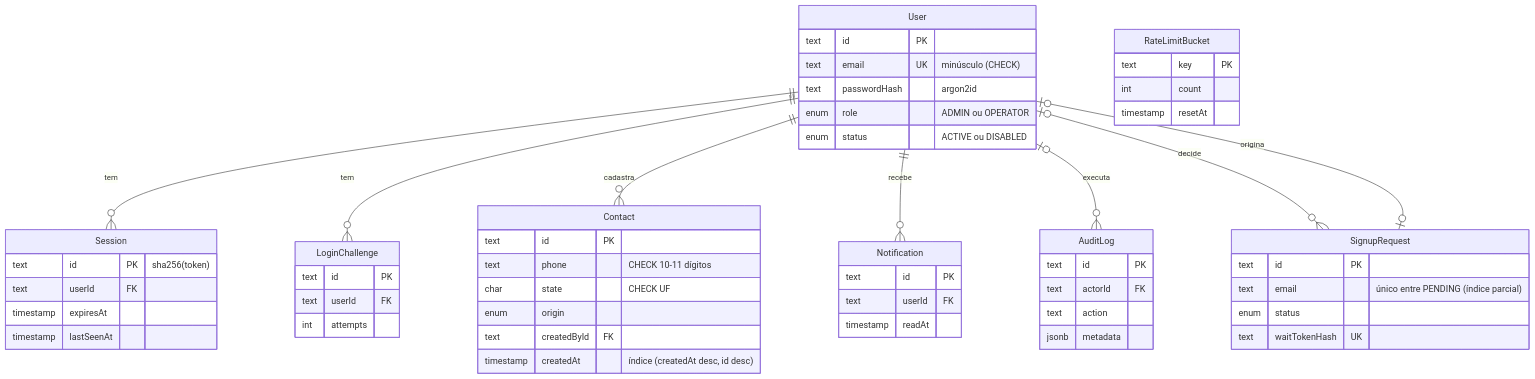
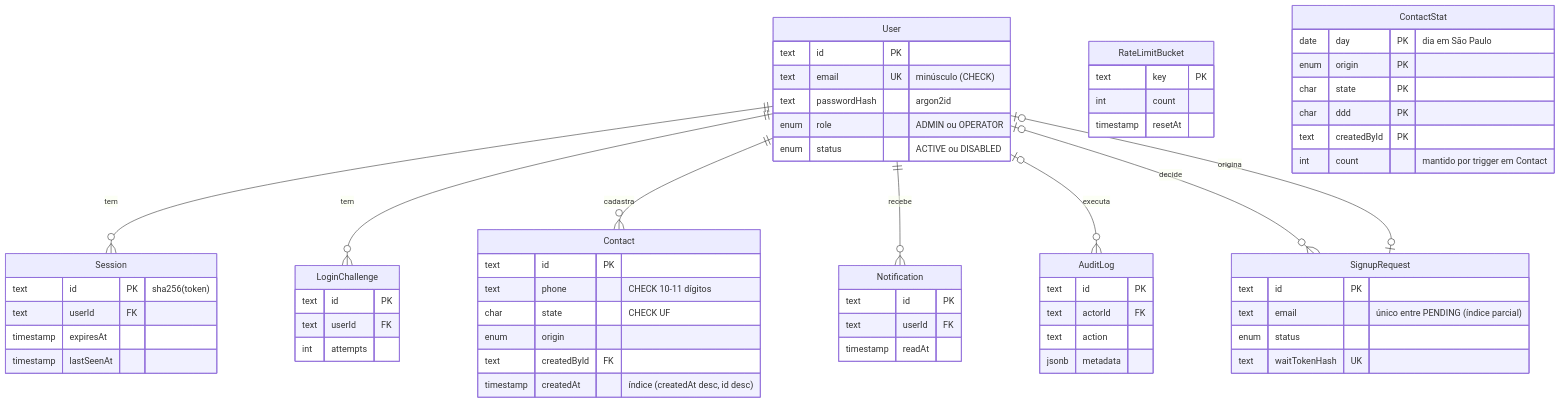
One commit to vittorccf/flash-analytics changed the fifth of 10 diagrams in docs/ARQUITETURA.md. Above: the diagram before and after it, drawn with Mermaid. The commit also changed other lines of this file and 1 other file, not shown here.

Commit message:
UML atualizado: agregados do painel, conferência de e-mail e permissões

````diff
--- a/docs/ARQUITETURA.md
+++ b/docs/ARQUITETURA.md
@@ -183,59 +186,67 @@
 ```mermaid
 erDiagram
   User ||--o{ Session : "tem"
   User ||--o{ LoginChallenge : "tem"
   User ||--o{ Contact : "cadastra"
   User ||--o{ Notification : "recebe"
   User |o--o{ AuditLog : "executa"
   User |o--o{ SignupRequest : "decide"
   SignupRequest |o--o| User : "origina"
 
   User {
     text id PK
     text email UK "minúsculo (CHECK)"
     text passwordHash "argon2id"
     enum role "ADMIN ou OPERATOR"
     enum status "ACTIVE ou DISABLED"
   }
   Session {
     text id PK "sha256(token)"
     text userId FK
     timestamp expiresAt
     timestamp lastSeenAt
   }
   SignupRequest {
     text id PK
     text email "único entre PENDING (índice parcial)"
     enum status
     text waitTokenHash UK
   }
   Contact {
     text id PK
     text phone "CHECK 10-11 dígitos"
     char state "CHECK UF"
     enum origin
     text createdById FK
     timestamp createdAt "índice (createdAt desc, id desc)"
   }
   Notification {
     text id PK
     text userId FK
     timestamp readAt
   }
   AuditLog {
     text id PK
     text actorId FK
     text action
     jsonb metadata
   }
   LoginChallenge {
     text id PK
     text userId FK
     int attempts
   }
   RateLimitBucket {
     text key PK
     int count
     timestamp resetAt
   }
+  ContactStat {
+    date day PK "dia em São Paulo"
+    enum origin PK
+    char state PK
+    char ddd PK
+    text createdById PK
+    int count "mantido por trigger em Contact"
+  }
 ```
````
